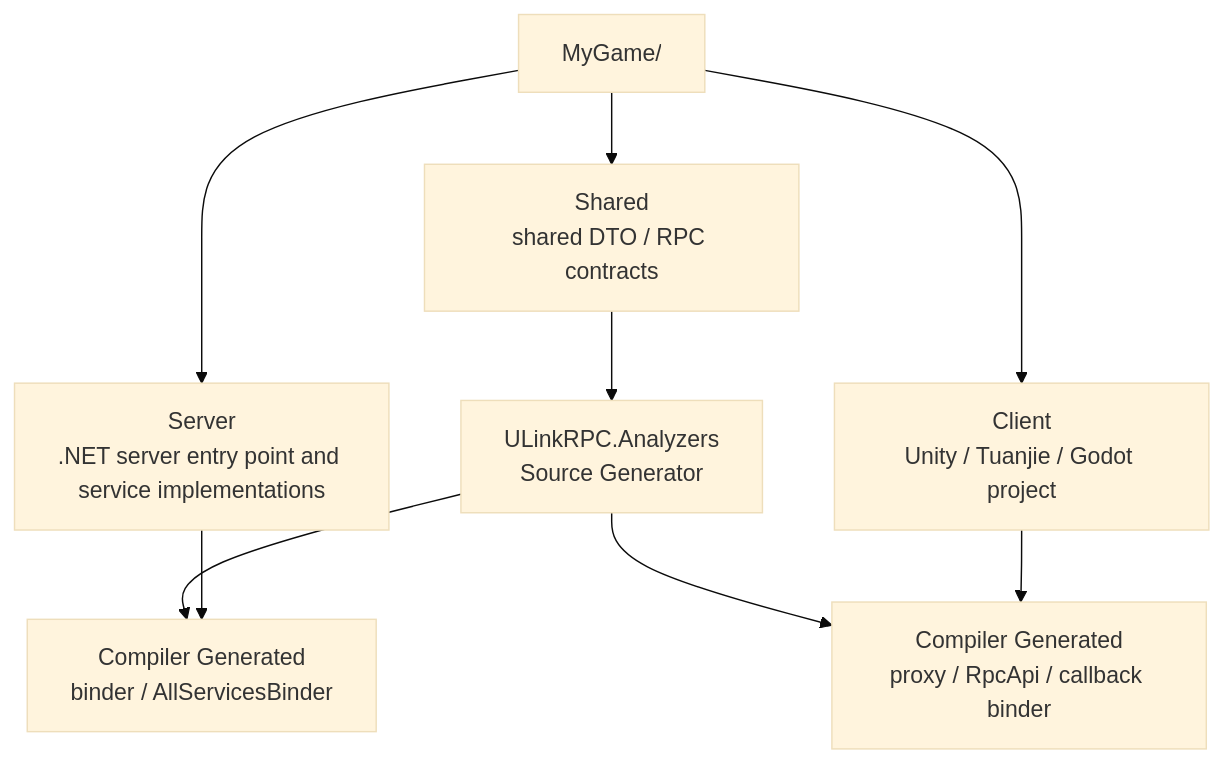
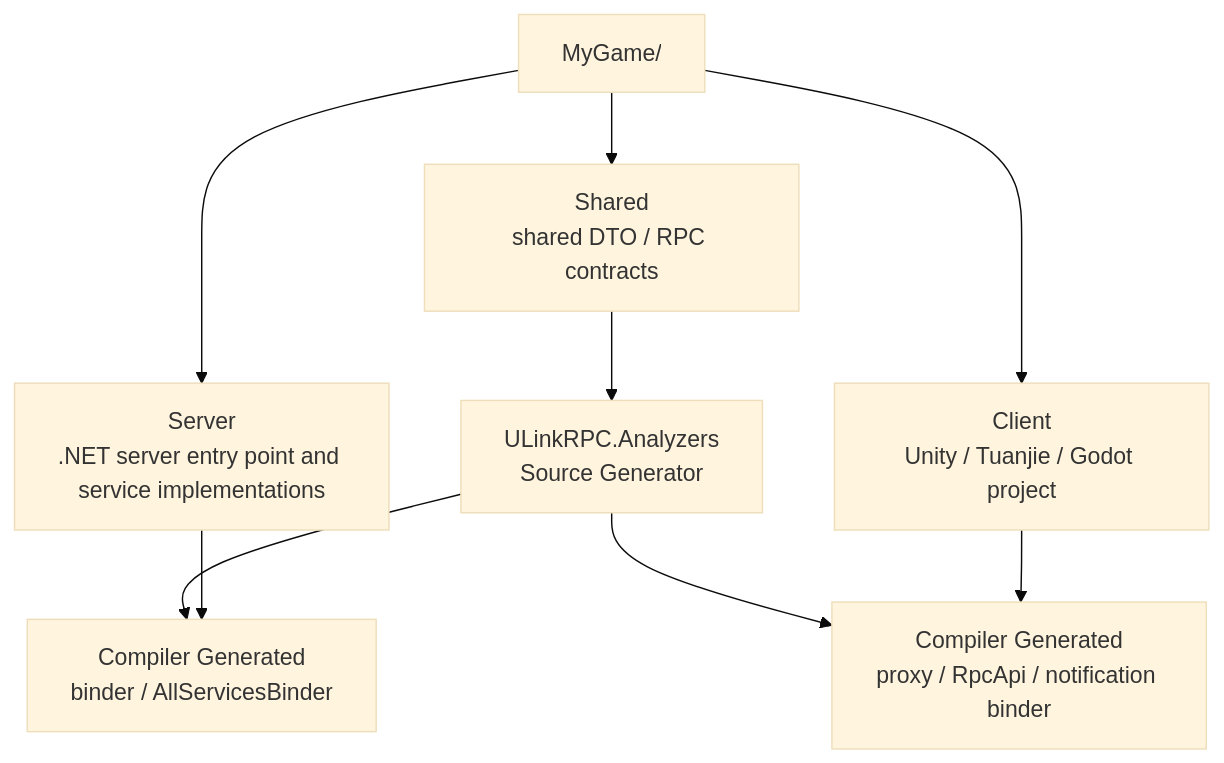
One commit to bruce48x/ULinkRPC changed the first of 2 diagrams in blog/content/posts/ulinkrpc-getting-started.md. Above: the diagram before and after it, drawn with Mermaid (base theme). The commit also changed other lines of this file and 58 other files, not shown here.

````diff
--- a/blog/content/posts/ulinkrpc-getting-started.md
+++ b/blog/content/posts/ulinkrpc-getting-started.md
@@ -93,12 +93,12 @@
 ```mermaid
 flowchart TB
     Root["MyGame/"] --> Shared["Shared<br/>shared DTO / RPC contracts"]
     Root --> Server["Server<br/>.NET server entry point and service implementations"]
     Root --> Client["Client<br/>Unity / Tuanjie / Godot project"]
 
     Shared --> SourceGen["ULinkRPC.Analyzers<br/>Source Generator"]
     SourceGen --> ServerGenerated["Compiler Generated<br/>binder / AllServicesBinder"]
-    SourceGen --> ClientGenerated["Compiler Generated<br/>proxy / RpcApi / callback binder"]
+    SourceGen --> ClientGenerated["Compiler Generated<br/>proxy / RpcApi / notification binder"]
     Server --> ServerGenerated
     Client --> ClientGenerated
 ```
````
